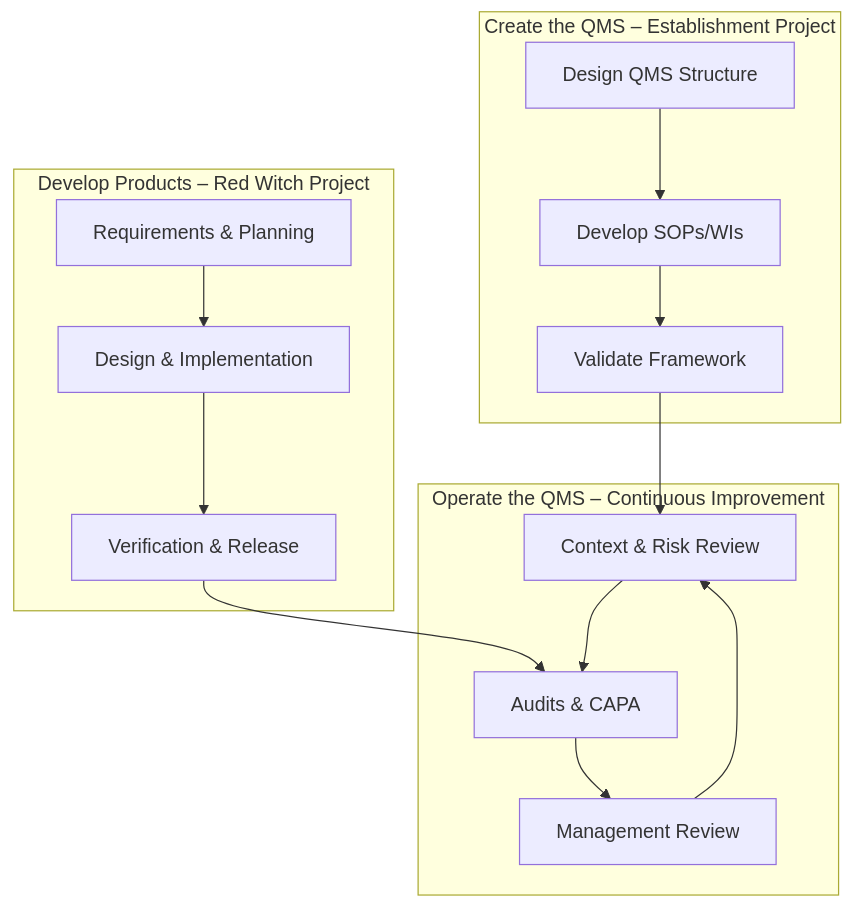
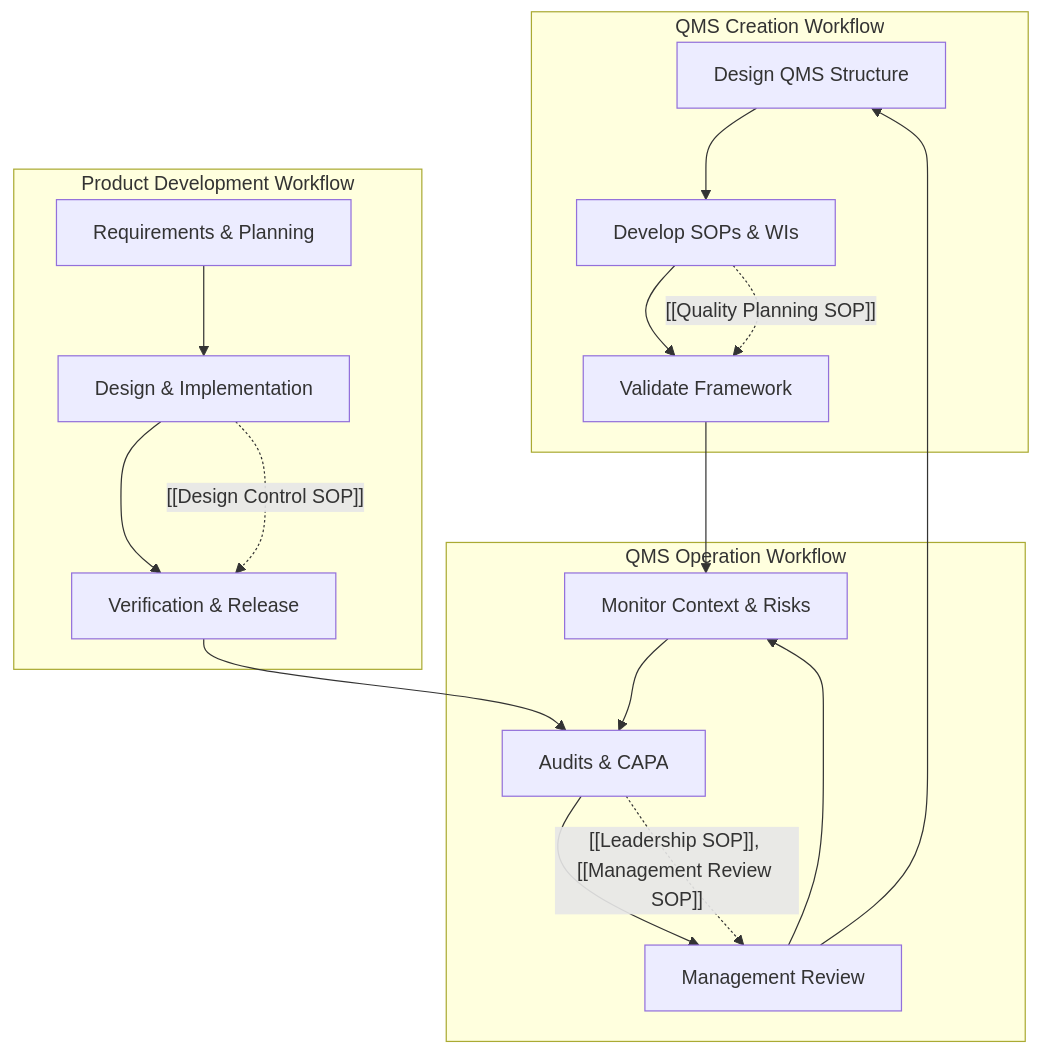
One commit to Floating-Eye-Software/fley-qms changed the second of 2 diagrams in QMS/Process-Map.md. Above: the diagram before and after it, drawn with Mermaid. The commit also changed other lines of this file and 1 other file, not shown here.

Commit message:
update QMS workflows for current SOPs, refs #6

````diff
--- a/QMS/Process-Map.md
+++ b/QMS/Process-Map.md
@@ -84,16 +97,34 @@
 ```mermaid
 flowchart TD
-    subgraph Operate[Operate the QMS – Continuous Improvement]
-        A1[Context & Risk Review] --> A2[Audits & CAPA]
-        A2 --> A3[Management Review]
-        A3 --> A1
+    %% --- QMS Workflows Overview ---
+    subgraph Create[QMS Creation Workflow]
+        C1[Design QMS Structure]
+        C2[Develop SOPs & WIs]
+        C3[Validate Framework]
+        C1 --> C2 --> C3
     end
-    subgraph Create[Create the QMS – Establishment Project]
-        B1[Design QMS Structure] --> B2[Develop SOPs/WIs] --> B3[Validate Framework]
-        B3 --> A1
+
+    subgraph Operate[QMS Operation Workflow]
+        O1[Monitor Context & Risks]
+        O2[Audits & CAPA]
+        O3[Management Review]
+        O1 --> O2 --> O3 --> O1
     end
-    subgraph Develop[Develop Products – Red Witch Project]
-        C1[Requirements & Planning] --> C2[Design & Implementation] --> C3[Verification & Release]
-        C3 --> A2
+
+    subgraph Develop[Product Development Workflow]
+        D1[Requirements & Planning]
+        D2[Design & Implementation]
+        D3[Verification & Release]
+        D1 --> D2 --> D3
     end
+
+    %% --- Interactions Between Workflows ---
+    C3 --> O1
+    D3 --> O2
+    O3 --> C1
+
+    %% --- SOP references ---
+    C2 -.->|"[[Quality Planning SOP]]"| C3
+    O2 -.->|"[[Leadership SOP]], [[Management Review SOP]]"| O3
+    D2 -.->|"[[Design Control SOP]]"| D3
 ```
````
